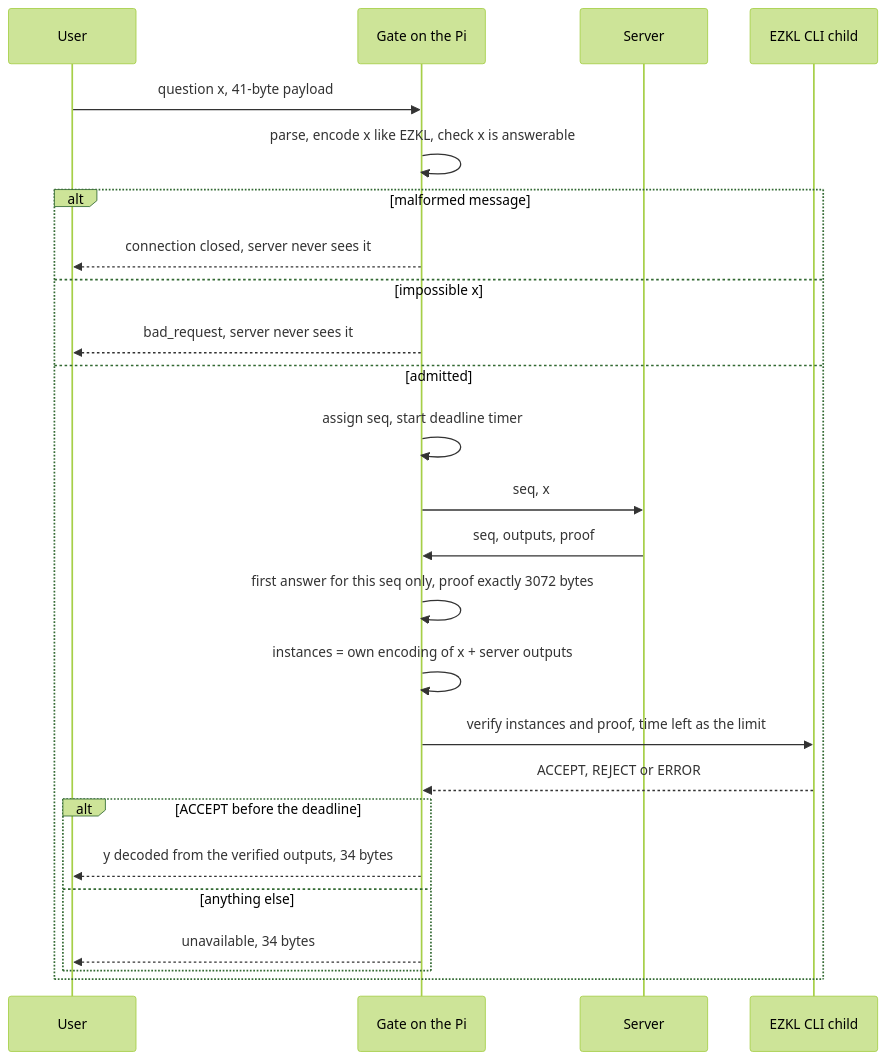
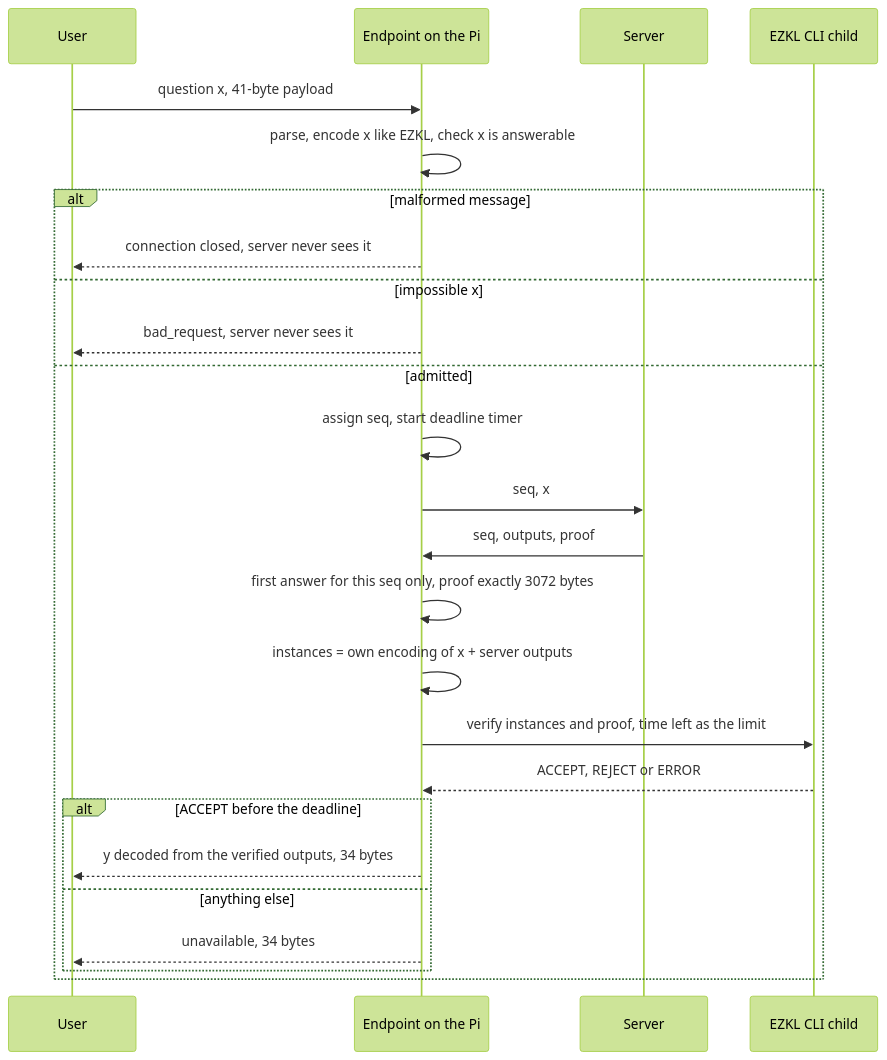
The diagram in book/diagrams/question.mmd (0x471/fasr-proof-gated-egress), drawn with Mermaid (forest theme) before and after one commit. The commit also changed 82 other files, not shown here.

Commit message:
refactor: rename the gate to the endpoint throughout

```diff
--- a/book/diagrams/question.mmd
+++ b/book/diagrams/question.mmd
@@ -1,25 +1,25 @@
 sequenceDiagram
     participant U as User
-    participant G as Gate on the Pi
+    participant G as Endpoint on the Pi
     participant S as Server
     participant C as EZKL CLI child
     U->>G: question x, 41-byte payload
     G->>G: parse, encode x like EZKL, check x is answerable
     alt malformed message
         G-->>U: connection closed, server never sees it
     else impossible x
         G-->>U: bad_request, server never sees it
     else admitted
         G->>G: assign seq, start deadline timer
         G->>S: seq, x
         S->>G: seq, outputs, proof
         G->>G: first answer for this seq only, proof exactly 3072 bytes
         G->>G: instances = own encoding of x + server outputs
         G->>C: verify instances and proof, time left as the limit
         C-->>G: ACCEPT, REJECT or ERROR
         alt ACCEPT before the deadline
             G-->>U: y decoded from the verified outputs, 34 bytes
         else anything else
             G-->>U: unavailable, 34 bytes
         end
     end
```
